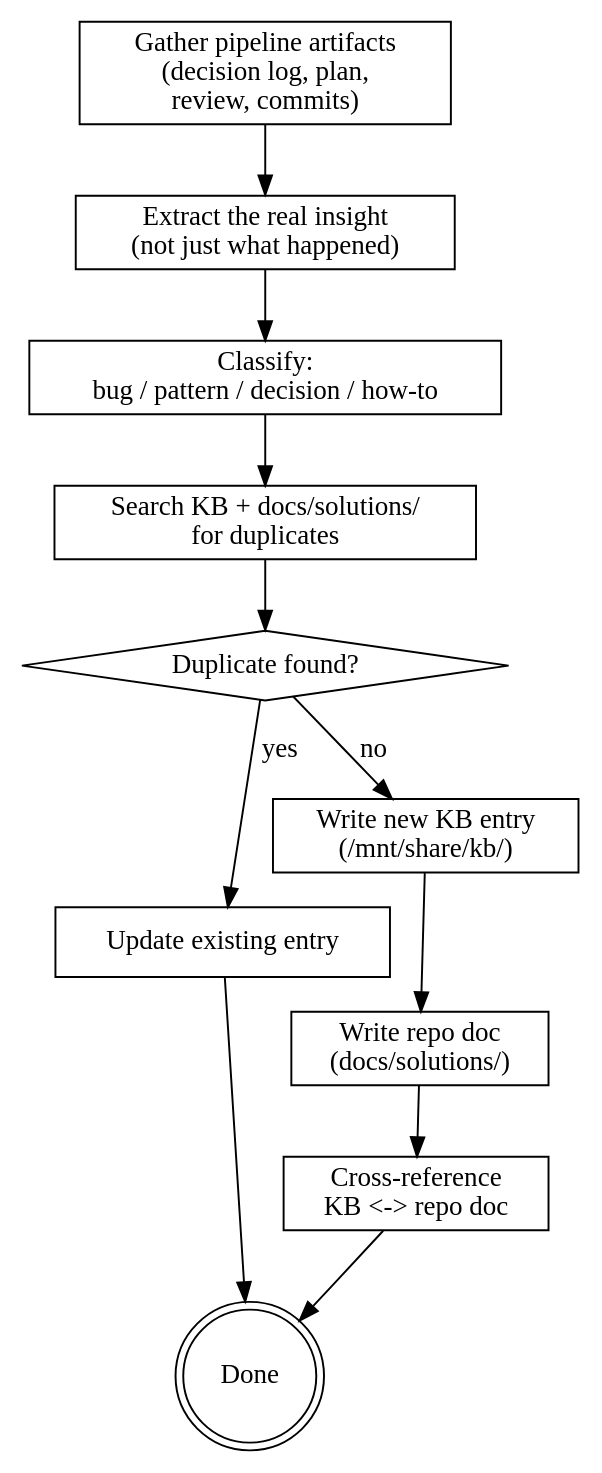
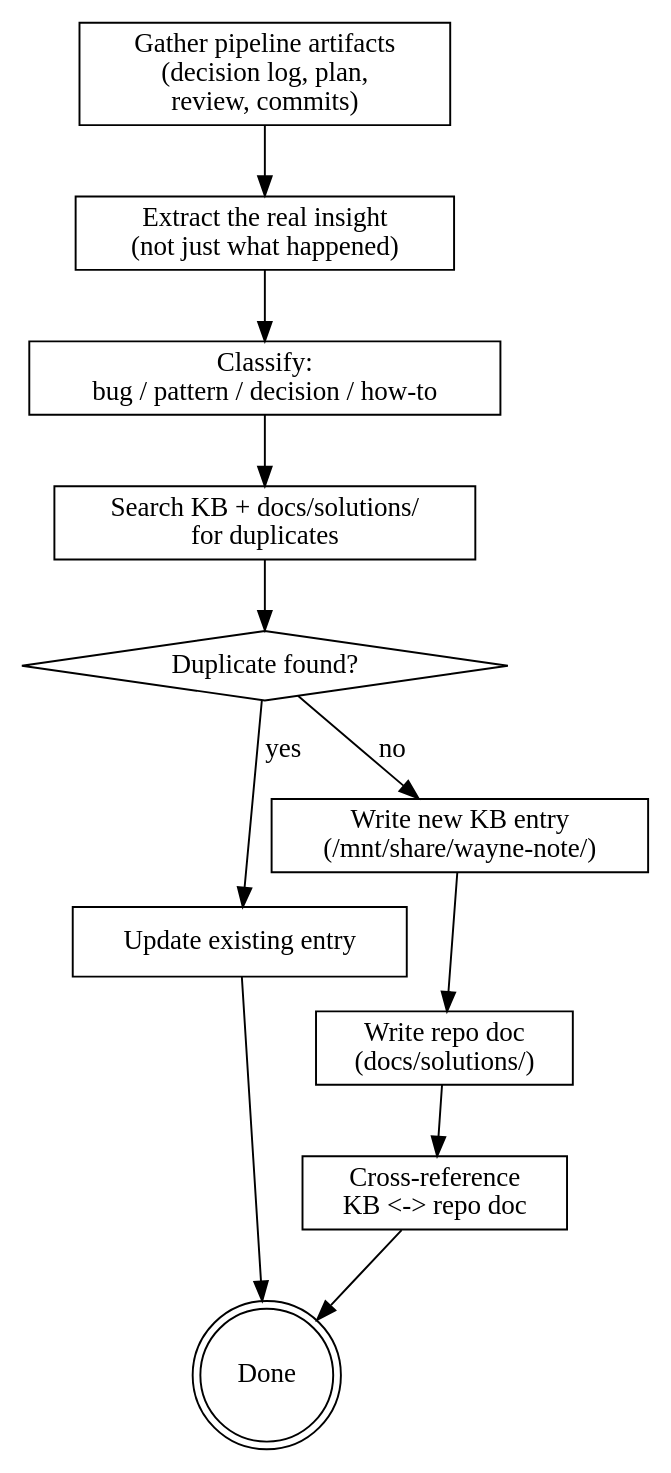
The diagram in wayne-compound/SKILL.md (waynejing995/wayne-taste), drawn with Graphviz before and after one commit. The commit also changed other lines of this file, not shown here.

First line of the commit message:
refactor: wayne-compound KB path migration + dedup detail

````diff
--- a/wayne-compound/SKILL.md
+++ b/wayne-compound/SKILL.md
@@ -48,27 +53,27 @@
 ```dot
 digraph compound {
     rankdir=TB;
 
     "Gather pipeline artifacts\n(decision log, plan,\nreview, commits)" [shape=box];
     "Extract the real insight\n(not just what happened)" [shape=box];
     "Classify:\nbug / pattern / decision / how-to" [shape=box];
     "Search KB + docs/solutions/\nfor duplicates" [shape=box];
     "Duplicate found?" [shape=diamond];
     "Update existing entry" [shape=box];
-    "Write new KB entry\n(/mnt/share/kb/)" [shape=box];
+    "Write new KB entry\n(/mnt/share/wayne-note/)" [shape=box];
     "Write repo doc\n(docs/solutions/)" [shape=box];
     "Cross-reference\nKB <-> repo doc" [shape=box];
     "Done" [shape=doublecircle];
 
     "Gather pipeline artifacts\n(decision log, plan,\nreview, commits)" -> "Extract the real insight\n(not just what happened)";
     "Extract the real insight\n(not just what happened)" -> "Classify:\nbug / pattern / decision / how-to";
     "Classify:\nbug / pattern / decision / how-to" -> "Search KB + docs/solutions/\nfor duplicates";
     "Search KB + docs/solutions/\nfor duplicates" -> "Duplicate found?";
     "Duplicate found?" -> "Update existing entry" [label="yes"];
-    "Duplicate found?" -> "Write new KB entry\n(/mnt/share/kb/)" [label="no"];
+    "Duplicate found?" -> "Write new KB entry\n(/mnt/share/wayne-note/)" [label="no"];
     "Update existing entry" -> "Done";
-    "Write new KB entry\n(/mnt/share/kb/)" -> "Write repo doc\n(docs/solutions/)";
+    "Write new KB entry\n(/mnt/share/wayne-note/)" -> "Write repo doc\n(docs/solutions/)";
     "Write repo doc\n(docs/solutions/)" -> "Cross-reference\nKB <-> repo doc";
     "Cross-reference\nKB <-> repo doc" -> "Done";
 }
 ```
````
